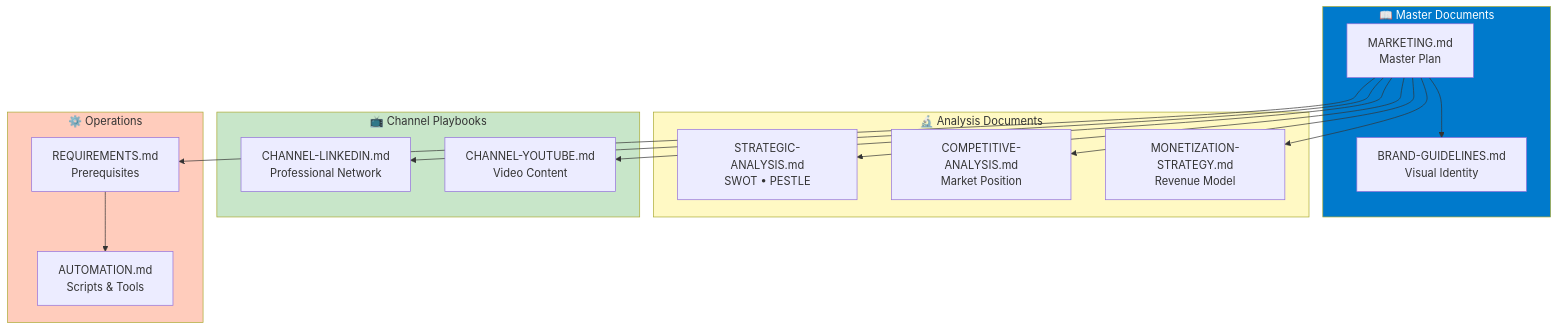
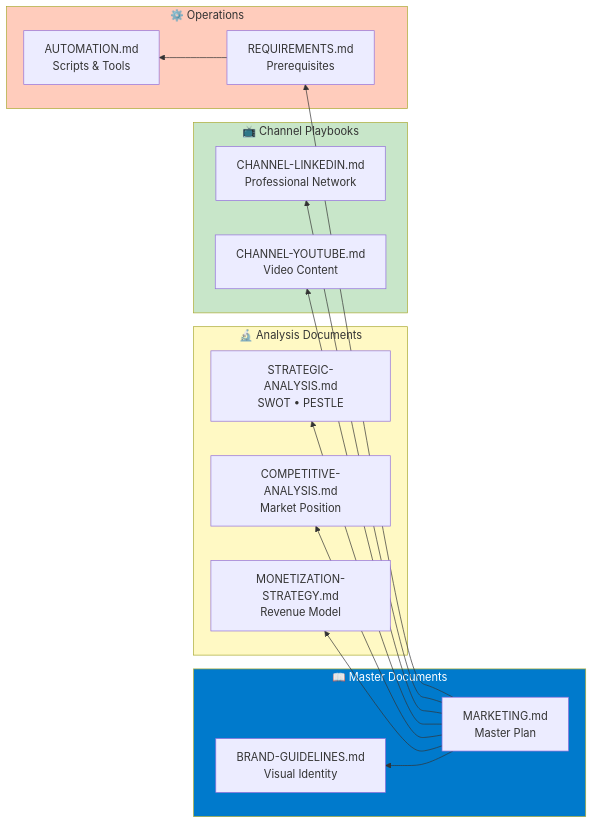
One commit to fabioc-aloha/Alex_Marketing changed the second of 16 diagrams in FRAMEWORK-VISUAL.md. Above: the diagram before and after it, drawn with Mermaid. The commit also changed other lines of this file, not shown here.

Commit message:
Fix formatting: normalize whitespace in Mermaid diagrams

````diff
--- a/FRAMEWORK-VISUAL.md
+++ b/FRAMEWORK-VISUAL.md
@@ -53,37 +53,37 @@
 ```mermaid
-flowchart TD
+flowchart RL
     subgraph MASTER["📖 Master Documents"]
         MARKETING[MARKETING.md<br/>Master Plan]
         BRAND_GUIDE[BRAND-GUIDELINES.md<br/>Visual Identity]
     end
-    
+
     subgraph ANALYSIS["🔬 Analysis Documents"]
         STRATEGIC[STRATEGIC-ANALYSIS.md<br/>SWOT • PESTLE]
         COMPETITIVE[COMPETITIVE-ANALYSIS.md<br/>Market Position]
         MONETIZATION[MONETIZATION-STRATEGY.md<br/>Revenue Model]
     end
-    
+
     subgraph CHANNELS_DOC["📺 Channel Playbooks"]
         LINKEDIN[CHANNEL-LINKEDIN.md<br/>Professional Network]
         YOUTUBE[CHANNEL-YOUTUBE.md<br/>Video Content]
     end
-    
+
     subgraph OPERATIONS["⚙️ Operations"]
         REQUIREMENTS[REQUIREMENTS.md<br/>Prerequisites]
         AUTOMATION[AUTOMATION.md<br/>Scripts & Tools]
     end
-    
+
     MARKETING --> BRAND_GUIDE
     MARKETING --> STRATEGIC
     MARKETING --> COMPETITIVE
     MARKETING --> MONETIZATION
     MARKETING --> LINKEDIN
     MARKETING --> YOUTUBE
     MARKETING --> REQUIREMENTS
     REQUIREMENTS --> AUTOMATION
-    
+
     style MASTER fill:#007ACC,color:#fff
     style ANALYSIS fill:#fff9c4
     style CHANNELS_DOC fill:#c8e6c9
     style OPERATIONS fill:#ffccbc
 ```
````
